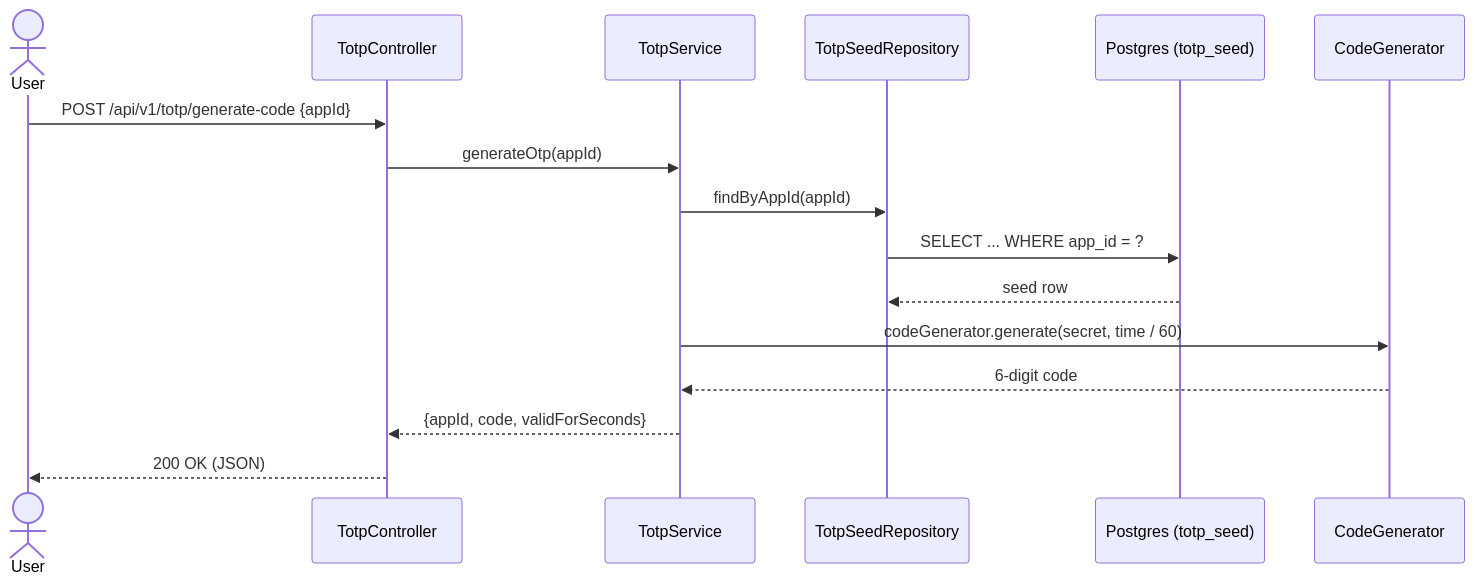
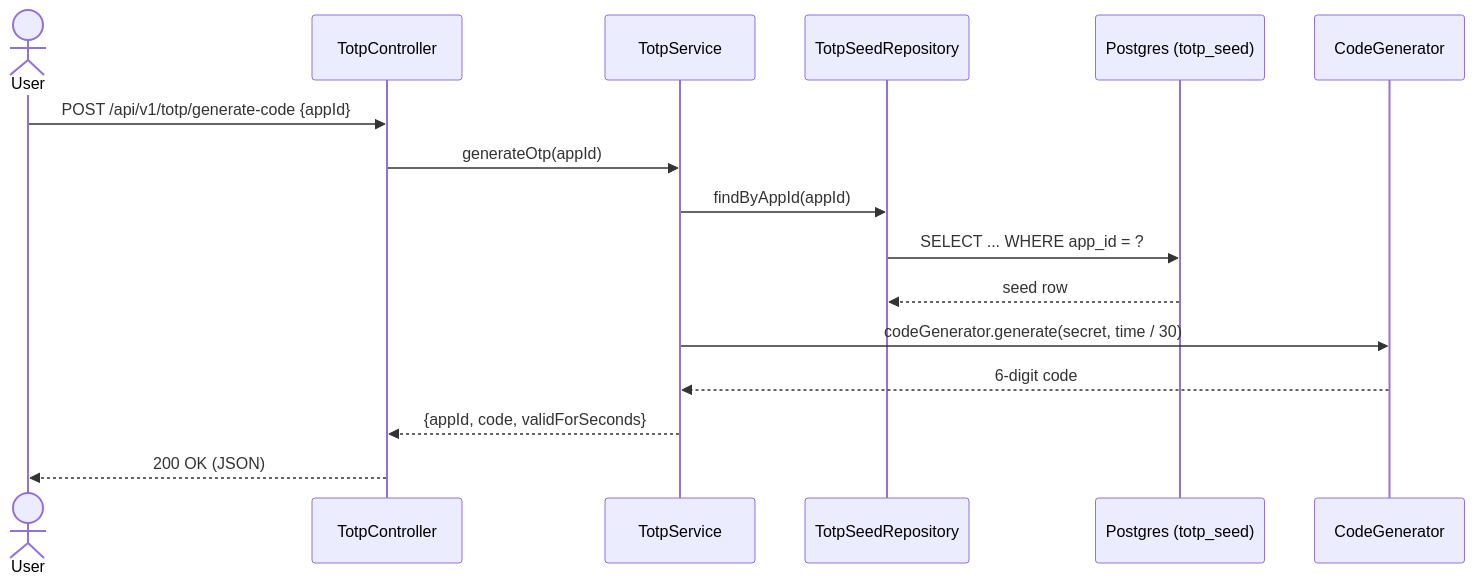
Before and after one commit to himnay/learning-totp: the fifth of 7 diagrams in README.md, drawn with Mermaid. The commit also changed other lines of this file and 3 other files, not shown here.

````diff
--- a/README.md
+++ b/README.md
@@ -372,19 +374,19 @@
 ```mermaid
 sequenceDiagram
     actor User
     participant API as TotpController
     participant Svc as TotpService
     participant Repo as TotpSeedRepository
     participant DB as Postgres (totp_seed)
     participant CG as CodeGenerator
 
     User->>API: POST /api/v1/totp/generate-code {appId}
     API->>Svc: generateOtp(appId)
     Svc->>Repo: findByAppId(appId)
     Repo->>DB: SELECT ... WHERE app_id = ?
     DB-->>Repo: seed row
-    Svc->>CG: codeGenerator.generate(secret, time / 60)
+    Svc->>CG: codeGenerator.generate(secret, time / 30)
     CG-->>Svc: 6-digit code
     Svc-->>API: {appId, code, validForSeconds}
     API-->>User: 200 OK (JSON)
 ```
````
